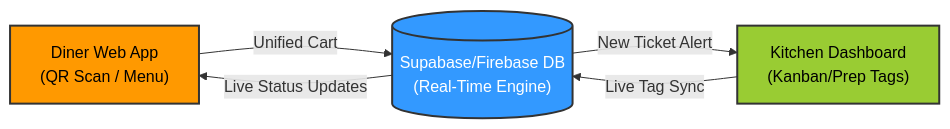
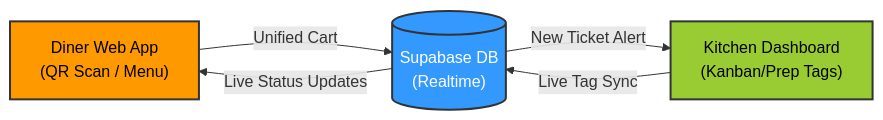
The diagram in docs/1-real-problems.md (Anubhavsaxena2004/AeyChhotu), drawn with Mermaid before and after one commit. The commit also changed other lines of this file, not shown here.

Commit message:
Update database reference and communication method
Supabase already provides live updates, so you doesn't need to write WebSocket code.

````diff
--- a/docs/1-real-problems.md
+++ b/docs/1-real-problems.md
@@ -63,18 +63,18 @@
 ```mermaid
 graph LR
     %% Define Styles
     classDef webApp fill:#FF9900,stroke:#333,stroke-width:2px,color:#000;
     classDef database fill:#3399FF,stroke:#333,stroke-width:2px,color:#fff;
     classDef kitchen fill:#99CC33,stroke:#333,stroke-width:2px,color:#000;
 
     %% Nodes
     A["Diner Web App<br>(QR Scan / Menu)"]:::webApp
-    B[("Supabase/Firebase DB<br>(Real-Time Engine)")]:::database
+    B[("Supabase DB<br>(Realtime)")]:::database
     C["Kitchen Dashboard<br>(Kanban/Prep Tags)"]:::kitchen
 
     %% Connections
     A -->|Unified Cart| B
     B -->|Live Status Updates| A
     B -->|New Ticket Alert| C
     C -->|Live Tag Sync| B
 ```
````
